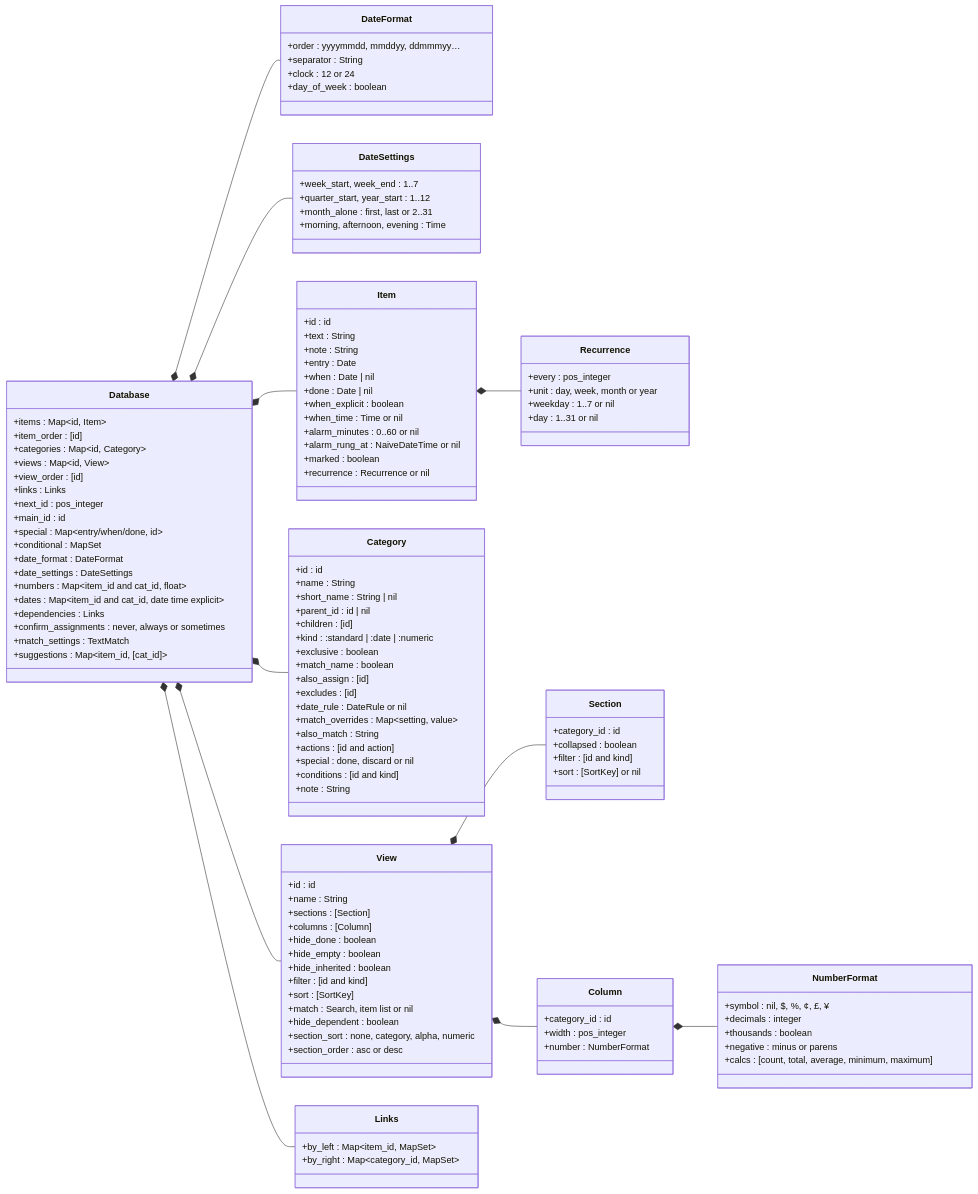
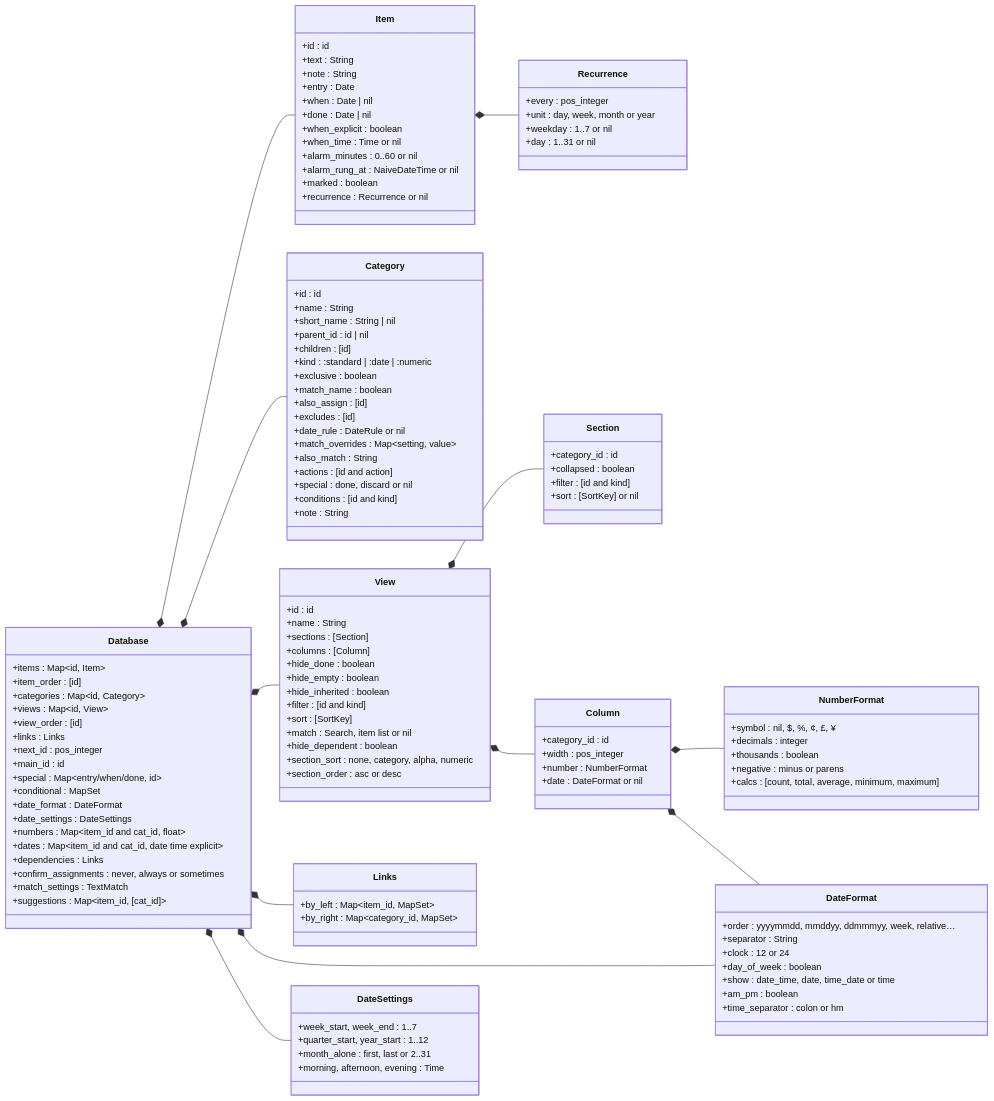
Before and after one commit to jamting/agendum: the second of 6 diagrams in docs/DATA_MODEL.md, drawn with Mermaid. The commit also changed other lines of this file and 21 other files, not shown here.

First line of the commit message:
Add date column formats and Agenda's other display options

````diff
--- a/docs/DATA_MODEL.md
+++ b/docs/DATA_MODEL.md
@@ -133,10 +134,13 @@
         +suggestions : Map~item_id, [cat_id]~
     }
     class DateFormat {
-        +order : yyyymmdd, mmddyy, ddmmmyy…
+        +order : yyyymmdd, mmddyy, ddmmmyy, week, relative…
         +separator : String
         +clock : 12 or 24
         +day_of_week : boolean
+        +show : date_time, date, time_date or time
+        +am_pm : boolean
+        +time_separator : colon or hm
     }
     class DateSettings {
         +week_start, week_end : 1..7
@@ -208,6 +212,7 @@
         +category_id : id
         +width : pos_integer
         +number : NumberFormat
+        +date : DateFormat or nil
     }
     class NumberFormat {
         +symbol : nil, $, %, ¢, £, ¥
@@ -230,4 +235,5 @@
     View *-- Section
     View *-- Column
     Column *-- NumberFormat
+    Column *-- DateFormat
 ```
````
